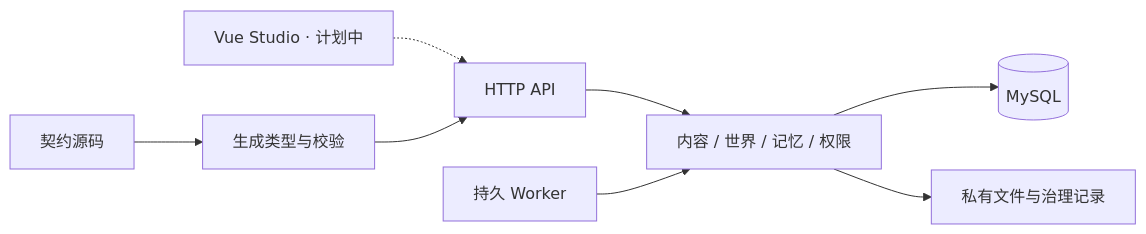
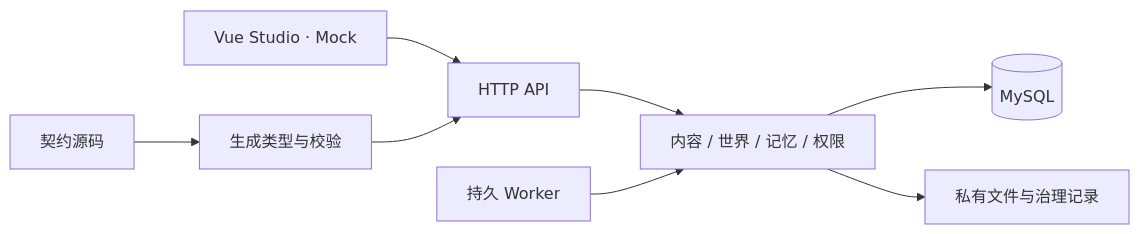
The diagram in docs/03-architecture.md (cnedwin/Loreviva), drawn with Mermaid before and after one commit. The commit also changed other lines of this file and 272 other files, not shown here.

````diff
--- a/docs/03-architecture.md
+++ b/docs/03-architecture.md
@@ -20,10 +22,10 @@
 ```mermaid
 flowchart LR
-  Studio[Vue Studio · 计划中] -.-> API[HTTP API]
+  Studio[Vue Studio · Mock] --> API[HTTP API]
   API --> Domain[内容 / 世界 / 记忆 / 权限]
   Worker[持久 Worker] --> Domain
   Domain --> DB[(MySQL)]
   Domain --> Files[私有文件与治理记录]
   Contracts[契约源码] --> Types[生成类型与校验]
   Types --> API
 ```
````
